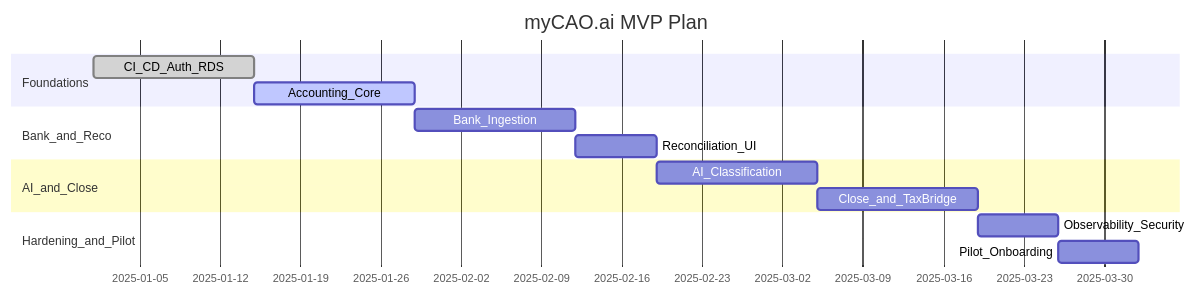
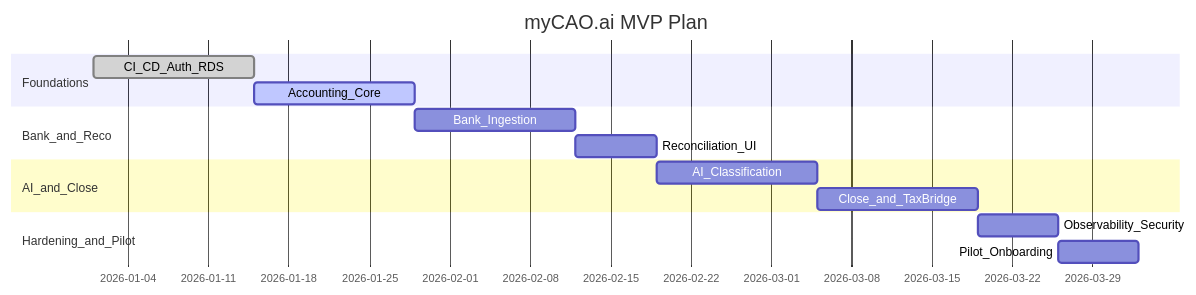
The fourth of 5 diagrams in unifiedCPA.md (aeishwarydotcom/datawithAI), drawn with Mermaid before and after one commit.

````diff
--- a/unifiedCPA.md
+++ b/unifiedCPA.md
@@ -79,22 +79,22 @@
 ```mermaid
 gantt
     dateFormat  YYYY-MM-DD
     title  myCAO.ai MVP Plan
 
     section Foundations
-    CI_CD_Auth_RDS        :done,   t1, 2025-01-01, 14d
-    Accounting_Core       :active, t2, 2025-01-15, 14d
+    CI_CD_Auth_RDS        :done,   t1, 2026-01-01, 14d
+    Accounting_Core       :active, t2, 2026-01-15, 14d
 
     section Bank_and_Reco
-    Bank_Ingestion        :t3, 2025-01-29, 14d
-    Reconciliation_UI     :t4, 2025-02-12, 7d
+    Bank_Ingestion        :t3, 2026-01-29, 14d
+    Reconciliation_UI     :t4, 2026-02-12, 7d
 
     section AI_and_Close
-    AI_Classification     :t5, 2025-02-19, 14d
-    Close_and_TaxBridge   :t6, 2025-03-05, 14d
+    AI_Classification     :t5, 2026-02-19, 14d
+    Close_and_TaxBridge   :t6, 2026-03-05, 14d
 
     section Hardening_and_Pilot
-    Observability_Security :t7, 2025-03-19, 7d
-    Pilot_Onboarding       :t8, 2025-03-26, 7d
+    Observability_Security :t7, 2026-03-19, 7d
+    Pilot_Onboarding       :t8, 2026-03-26, 7d
 
 ```
````
